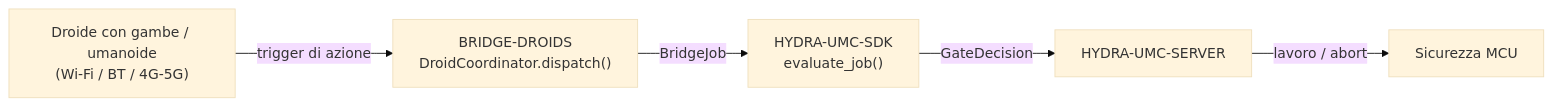
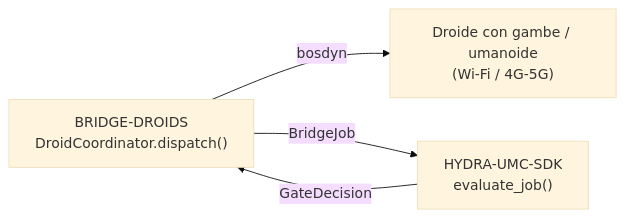
Before and after one commit to JuanenRac/HYDRA-UMC-BRIDGE-DROIDS: the diagram in README_ita.md, drawn with Mermaid (base theme). The commit also changed other lines of this file and 20 other files, not shown here.

````diff
--- a/README_ita.md
+++ b/README_ita.md
@@ -50,7 +51,6 @@
 ```mermaid
 flowchart LR
-    DROID["Droide con gambe / umanoide<br/>(Wi-Fi / BT / 4G-5G)"] -- "trigger di azione" --> BRIDGE["BRIDGE-DROIDS<br/>DroidCoordinator.dispatch()"]
+    BRIDGE["BRIDGE-DROIDS<br/>DroidCoordinator.dispatch()"] -- "bosdyn" --> DROID["Droide con gambe / umanoide<br/>(Wi-Fi / 4G-5G)"]
     BRIDGE -- BridgeJob --> SDK["HYDRA-UMC-SDK<br/>evaluate_job()"]
-    SDK -- GateDecision --> SERVER["HYDRA-UMC-SERVER"]
-    SERVER -- "lavoro / abort" --> MCU["Sicurezza MCU"]
+    SDK -- GateDecision --> BRIDGE
 ```
````
